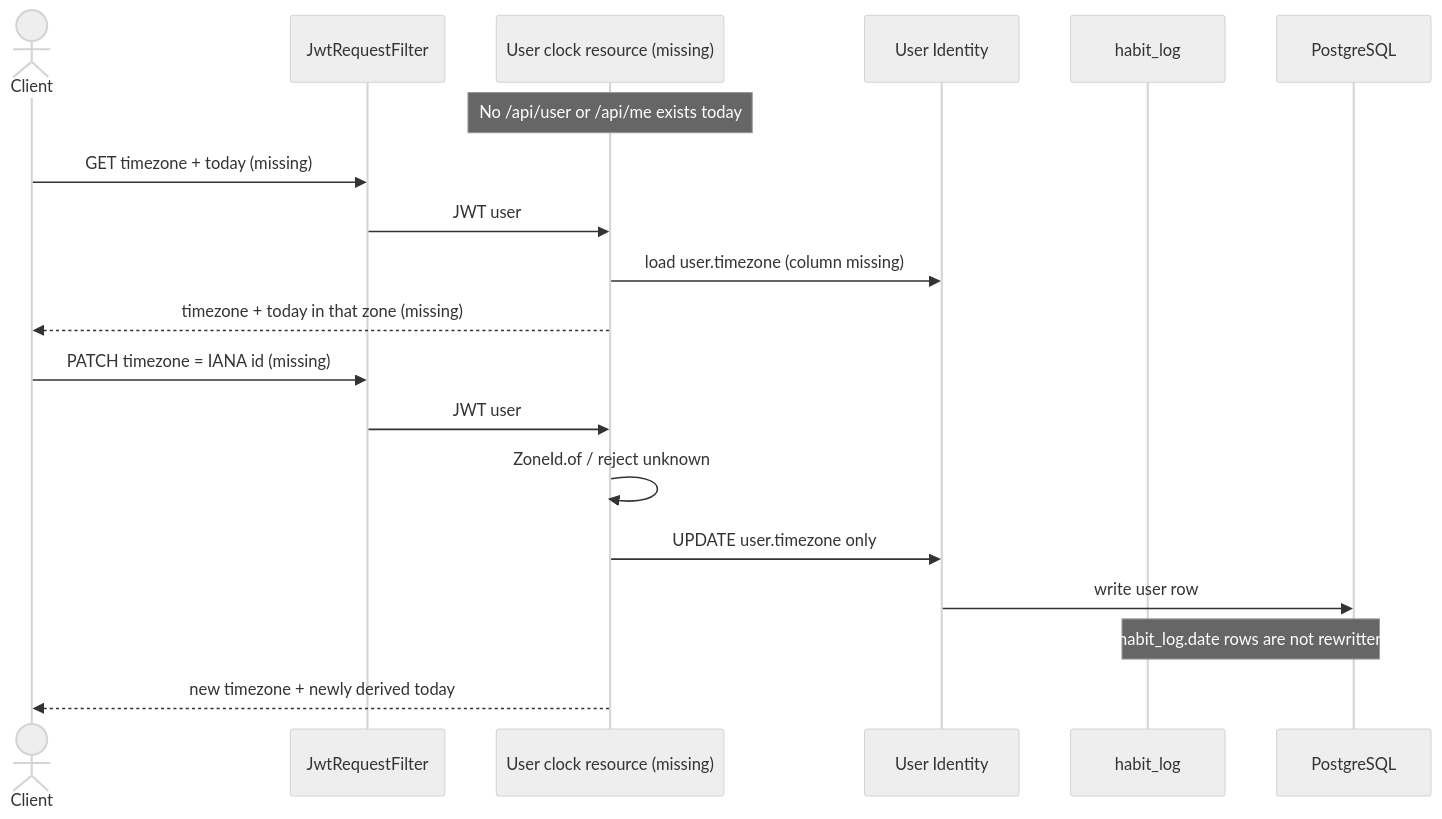
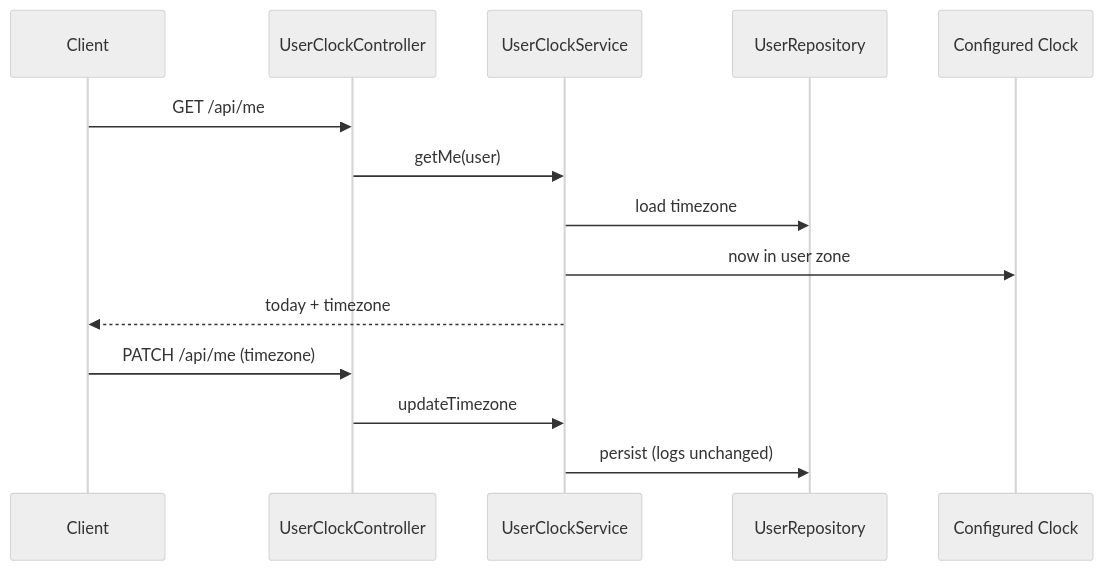
Before and after one commit to crraay/habit-tracker-ai-dlc: the seventh of 7 diagrams in aidlc/spaces/default/codekb/habit-tracker-springboot/architecture.md, drawn with Mermaid (neutral theme). The commit also changed other lines of this file and 240 other files, not shown here.

````diff
--- a/aidlc/spaces/default/codekb/habit-tracker-springboot/architecture.md
+++ b/aidlc/spaces/default/codekb/habit-tracker-springboot/architecture.md
@@ -116,23 +174,18 @@
 ```mermaid
 sequenceDiagram
-  actor Client
-  participant Filter as JwtRequestFilter
-  participant API as User clock resource (missing)
-  participant Users as User Identity
-  participant Logs as habit_log
-  participant DB as PostgreSQL
+  participant Client
+  participant UserClockController
+  participant UserClockService
+  participant UserRepository
+  participant Clock as Configured Clock
 
-  Note over API: No /api/user or /api/me exists today
-  Client->>Filter: GET timezone + today (missing)
-  Filter->>API: JWT user
-  API->>Users: load user.timezone (column missing)
-  API-->>Client: timezone + today in that zone (missing)
+  Client->>UserClockController: GET /api/me
+  UserClockController->>UserClockService: getMe(user)
+  UserClockService->>UserRepository: load timezone
+  UserClockService->>Clock: now in user zone
+  UserClockService-->>Client: today + timezone
 
-  Client->>Filter: PATCH timezone = IANA id (missing)
-  Filter->>API: JWT user
-  API->>API: ZoneId.of / reject unknown
-  API->>Users: UPDATE user.timezone only
-  Users->>DB: write user row
-  Note over Logs,DB: habit_log.date rows are not rewritten
-  API-->>Client: new timezone + newly derived today
+  Client->>UserClockController: PATCH /api/me (timezone)
+  UserClockController->>UserClockService: updateTimezone
+  UserClockService->>UserRepository: persist (logs unchanged)
 ```
````
